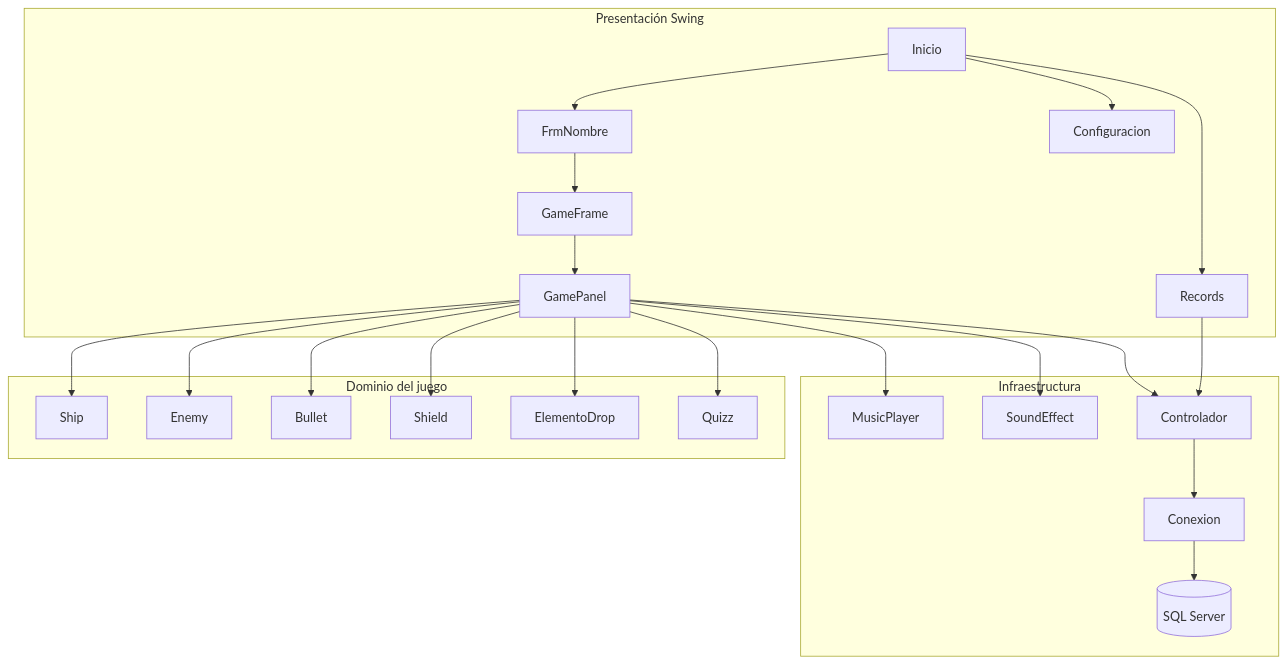
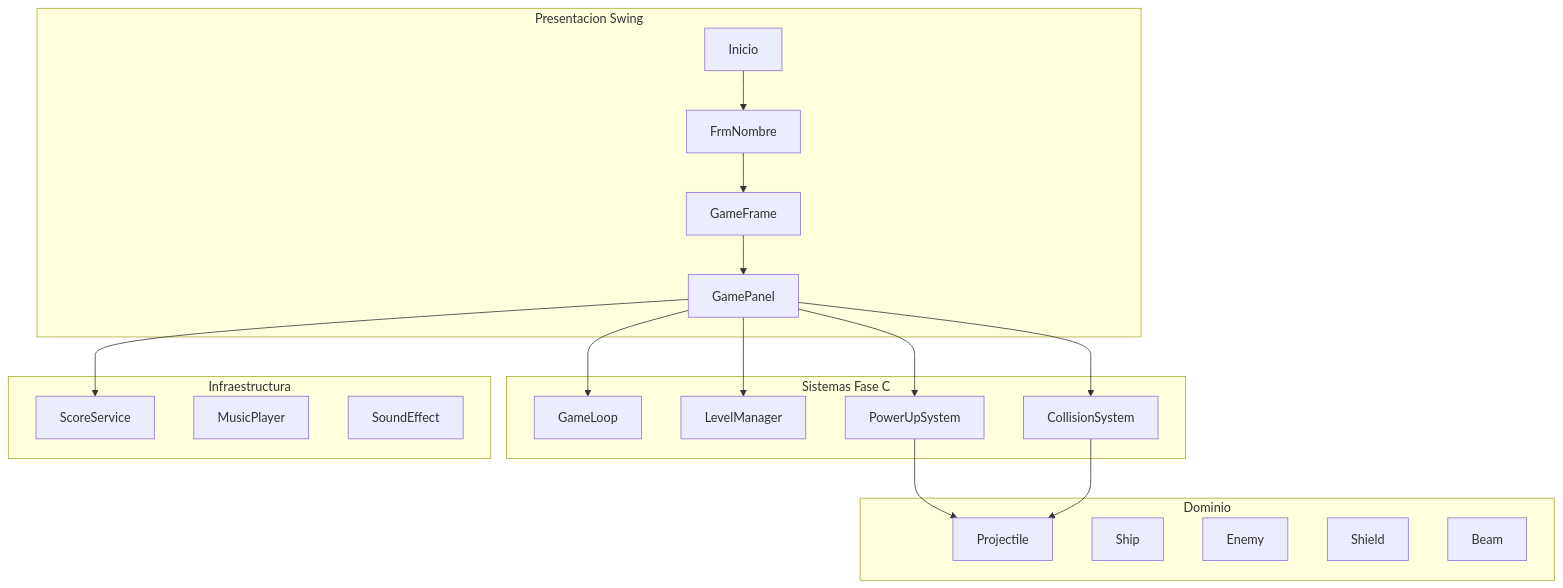
Before and after one commit to Lenny004/Space_Invaders_Game: the diagram in docs/ARQUITECTURA.md, drawn with Mermaid. The commit also changed 17 other files, not shown here.

````diff
--- a/docs/ARQUITECTURA.md
+++ b/docs/ARQUITECTURA.md
@@ -40,31 +40,37 @@
 ```mermaid
 flowchart TB
-  subgraph ui [Presentación Swing]
+  subgraph ui [Presentacion Swing]
     Inicio --> FrmNombre
     FrmNombre --> GameFrame
     GameFrame --> GamePanel
-    Inicio --> Configuracion
-    Inicio --> Records
   end
 
-  subgraph domain [Dominio del juego]
-    GamePanel --> Ship
-    GamePanel --> Enemy
-    GamePanel --> Bullet
-    GamePanel --> Shield
-    GamePanel --> ElementoDrop
-    GamePanel --> Quizz
+  subgraph systems [Sistemas Fase C]
+    GameLoop
+    LevelManager
+    CollisionSystem
+    PowerUpSystem
+  end
+
+  subgraph domain [Dominio]
+    Projectile
+    Ship
+    Enemy
+    Shield
+    Beam
   end
 
   subgraph infra [Infraestructura]
+    ScoreService
     MusicPlayer
     SoundEffect
-    Conexion --> SQLServer[(SQL Server)]
-    Controlador --> Conexion
   end
 
-  GamePanel --> MusicPlayer
-  GamePanel --> SoundEffect
-  GamePanel --> Controlador
-  Records --> Controlador
+  GamePanel --> GameLoop
+  GamePanel --> LevelManager
+  GamePanel --> CollisionSystem
+  GamePanel --> PowerUpSystem
+  PowerUpSystem --> Projectile
+  CollisionSystem --> Projectile
+  GamePanel --> ScoreService
 ```
````
